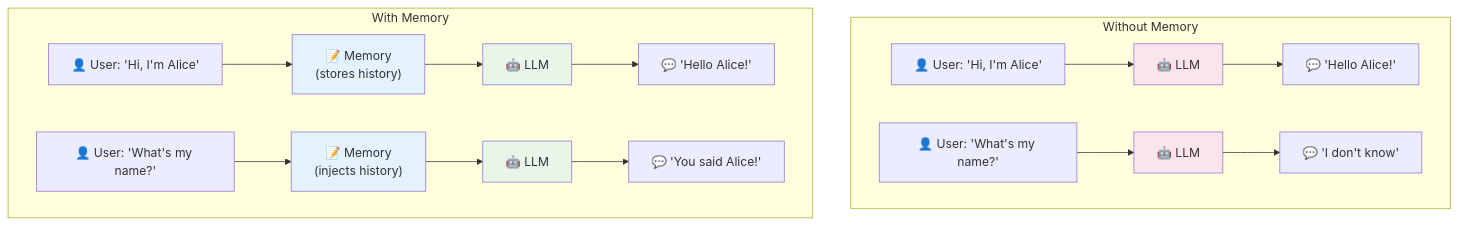
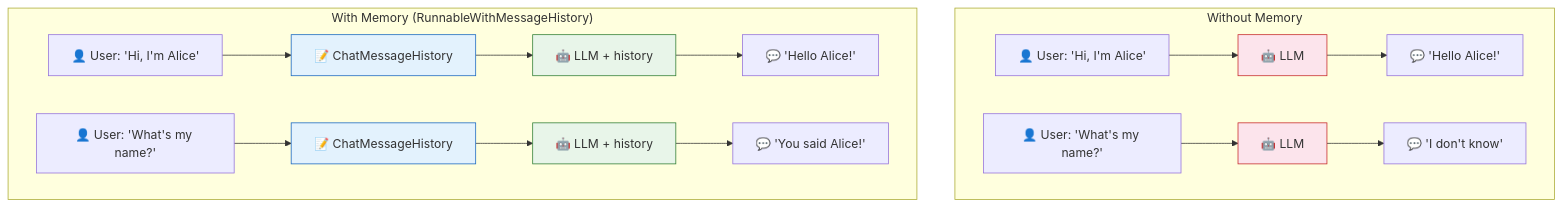
One commit to remolaan/Agentic-AI-Cookbook changed the first of 6 diagrams in 06_memory/README.md. Above: the diagram before and after it, drawn with Mermaid. The commit also changed other lines of this file and 3 other files, not shown here.

````diff
--- a/06_memory/README.md
+++ b/06_memory/README.md
@@ -9,27 +9,25 @@
 ```mermaid
 flowchart TB
     subgraph "Without Memory"
         U1["👤 User: 'Hi, I'm Alice'"] --> L1["🤖 LLM"]
         L1 --> R1["💬 'Hello Alice!'"]
-        
         U2["👤 User: 'What's my name?'"] --> L2["🤖 LLM"]
         L2 --> R2["💬 'I don't know'"]
     end
-    
-    subgraph "With Memory"
-        U3["👤 User: 'Hi, I'm Alice'"] --> M1["📝 Memory<br/>(stores history)"]
-        M1 --> L3["🤖 LLM"]
+
+    subgraph "With Memory (RunnableWithMessageHistory)"
+        U3["👤 User: 'Hi, I'm Alice'"] --> MH1["📝 ChatMessageHistory"]
+        MH1 --> L3["🤖 LLM + history"]
         L3 --> R3["💬 'Hello Alice!'"]
-        
-        U4["👤 User: 'What's my name?'"] --> M2["📝 Memory<br/>(injects history)"]
-        M2 --> L4["🤖 LLM"]
+        U4["👤 User: 'What's my name?'"] --> MH2["📝 ChatMessageHistory"]
+        MH2 --> L4["🤖 LLM + history"]
         L4 --> R4["💬 'You said Alice!'"]
     end
-    
-    style L1 fill:#fce4ec
-    style L2 fill:#fce4ec
-    style L3 fill:#e8f5e9
-    style L4 fill:#e8f5e9
-    style M1 fill:#e3f2fd
-    style M2 fill:#e3f2fd
+
+    style L1 fill:#fce4ec,stroke:#c62828
+    style L2 fill:#fce4ec,stroke:#c62828
+    style L3 fill:#e8f5e9,stroke:#2e7d32
+    style L4 fill:#e8f5e9,stroke:#2e7d32
+    style MH1 fill:#e3f2fd,stroke:#1565c0
+    style MH2 fill:#e3f2fd,stroke:#1565c0
 ```
````
